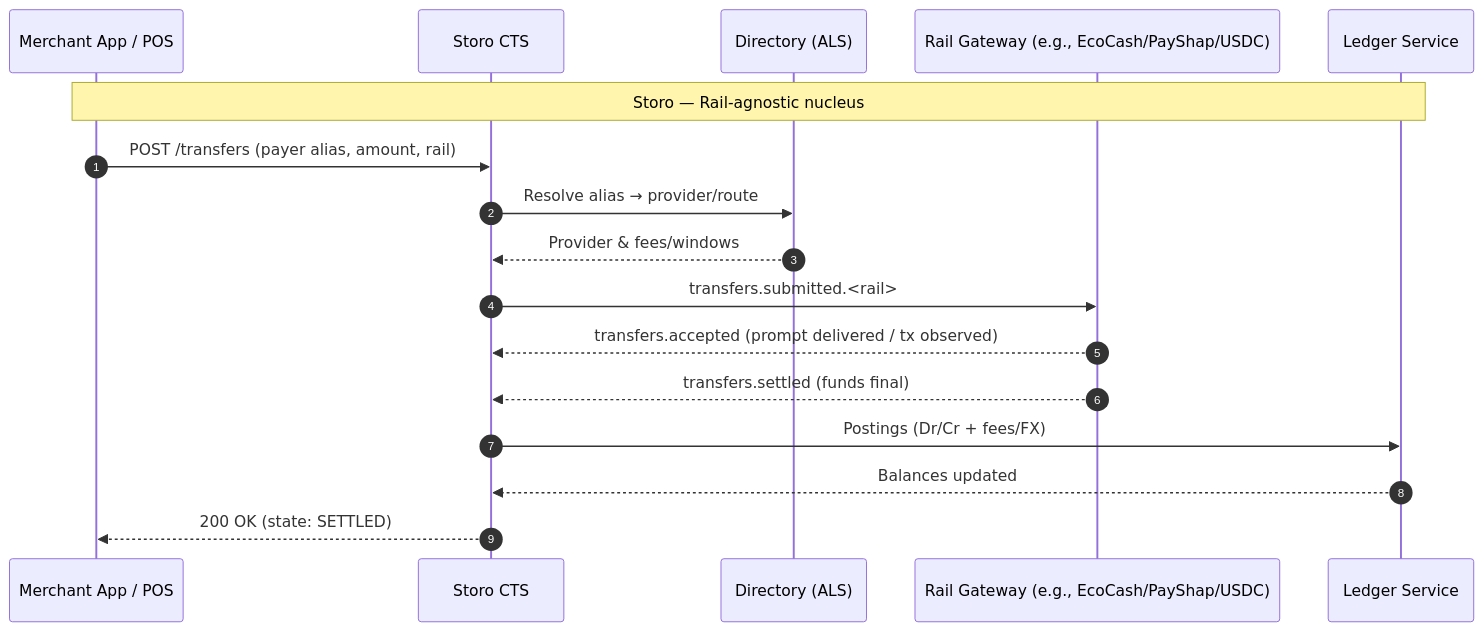
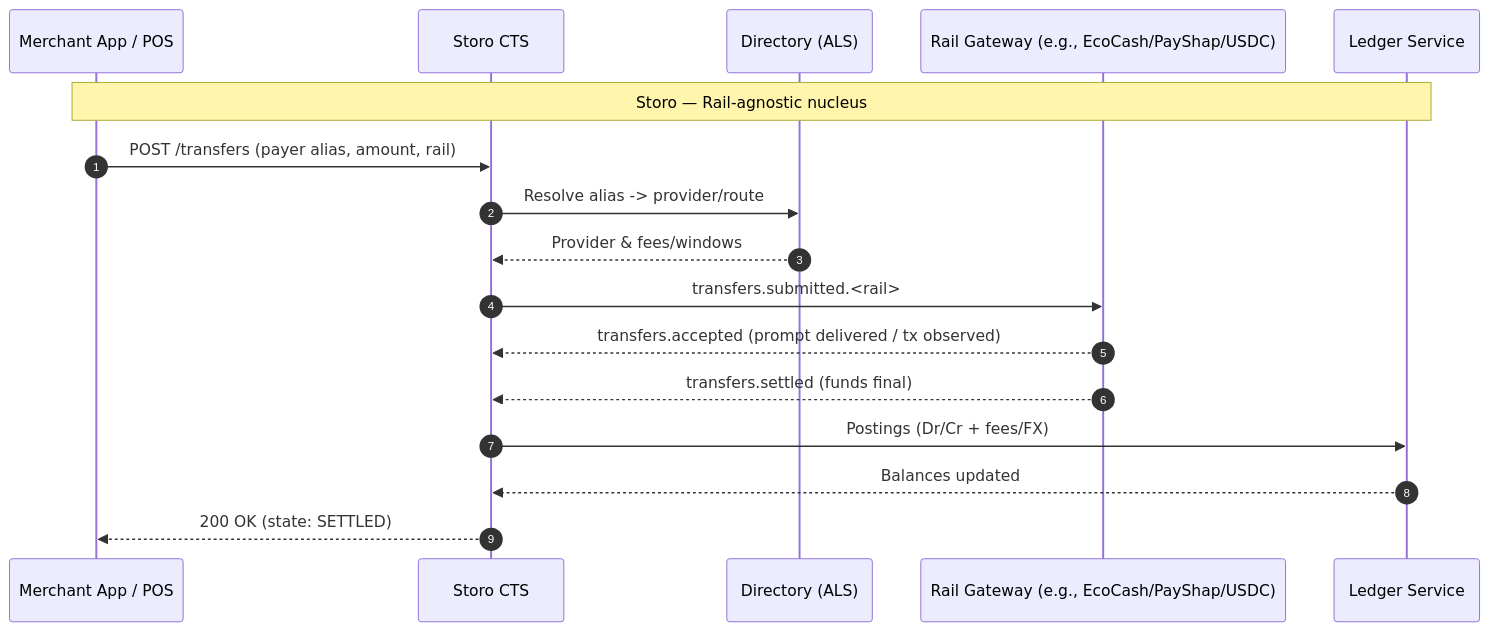
The second of 3 diagrams in docs/00-overview/storo-vs-mojaloop.md (mr-tony-stark/fintech-core), drawn with Mermaid before and after one commit. The commit also changed other lines of this file and 77 other files, not shown here.

````diff
--- a/docs/00-overview/storo-vs-mojaloop.md
+++ b/docs/00-overview/storo-vs-mojaloop.md
@@ -69,21 +69,21 @@
 ```mermaid
 sequenceDiagram
   autonumber
   participant Client as Merchant App / POS
   participant Storo as Storo CTS
   participant Dir as Directory (ALS)
   participant GW as Rail Gateway (e.g., EcoCash/PayShap/USDC)
   participant Ledger as Ledger Service
 
-  Note over Client,Ledger: Storo — Rail‑agnostic nucleus
+  Note over Client,Ledger: Storo — Rail-agnostic nucleus
 
   Client->>Storo: POST /transfers (payer alias, amount, rail)
-  Storo->>Dir: Resolve alias → provider/route
+  Storo->>Dir: Resolve alias -> provider/route
   Dir-->>Storo: Provider & fees/windows
   Storo->>GW: transfers.submitted.<rail>
   GW-->>Storo: transfers.accepted (prompt delivered / tx observed)
   GW-->>Storo: transfers.settled (funds final)
   Storo->>Ledger: Postings (Dr/Cr + fees/FX)
   Ledger-->>Storo: Balances updated
   Storo-->>Client: 200 OK (state: SETTLED)
 ```
````
